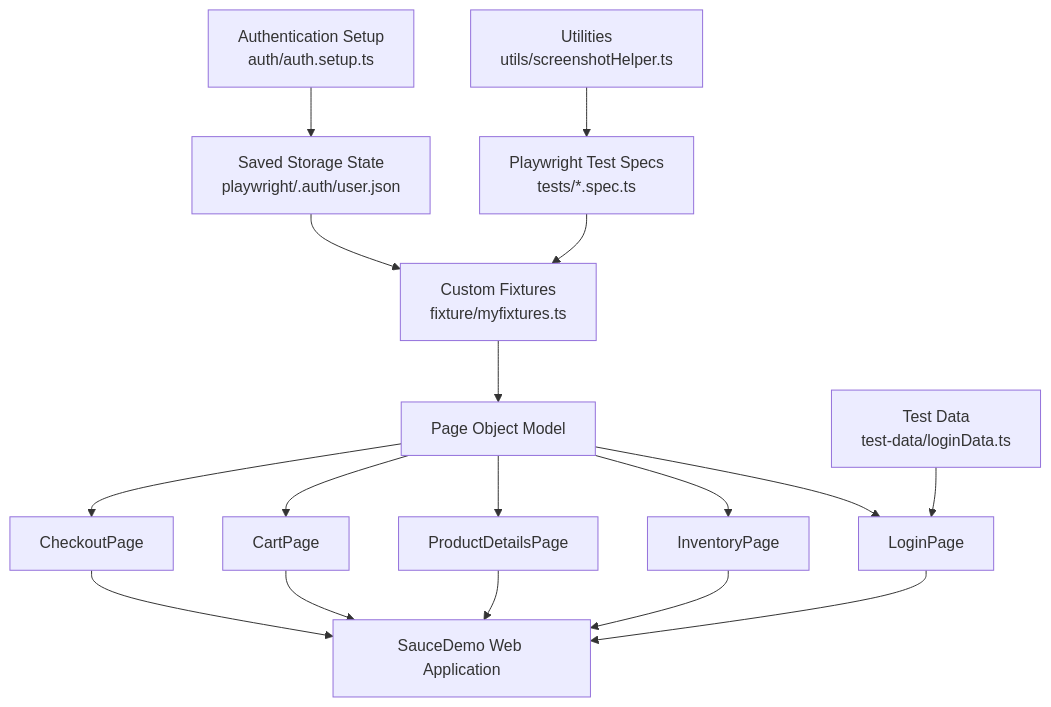
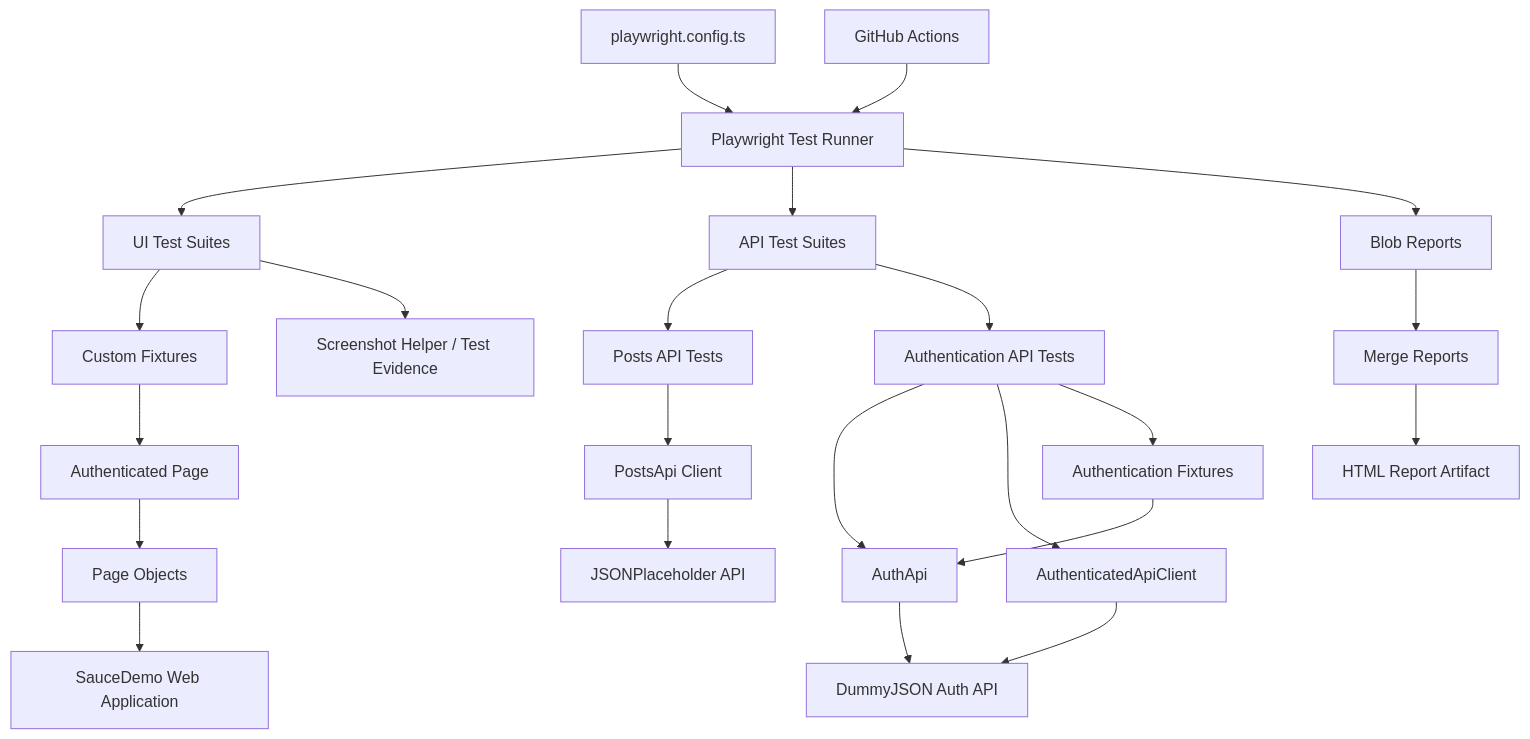
Before and after one commit to ankit19apr/sauce-demo-playwright: the first of 6 diagrams in README.md, drawn with Mermaid. The commit also changed other lines of this file and 11 other files, not shown here.

````diff
--- a/README.md
+++ b/README.md
@@ -38,19 +79,28 @@
 ``` mermaid
 flowchart TD
-    A["Playwright Test Specs<br/>tests/*.spec.ts"] --> B["Custom Fixtures<br/>fixture/myfixtures.ts"]
-    B --> C["Page Object Model"]
-    C --> D["LoginPage"]
-    C --> E["InventoryPage"]
-    C --> F["ProductDetailsPage"]
-    C --> G["CartPage"]
-    C --> H["CheckoutPage"]
-    D --> I["SauceDemo Web Application"]
-    E --> I
-    F --> I
-    G --> I
-    H --> I
-    J["Authentication Setup<br/>auth/auth.setup.ts"] --> K["Saved Storage State<br/>playwright/.auth/user.json"]
-    K --> B
-    L["Test Data<br/>test-data/loginData.ts"] --> D
-    M["Utilities<br/>utils/screenshotHelper.ts"] --> A
+    A[Playwright Test Runner] --> B[UI Test Suites]
+    A --> C[API Test Suites]
+
+    B --> D[Custom Fixtures]
+    D --> E[Authenticated Page]
+    E --> F[Page Objects]
+    F --> G[SauceDemo Web Application]
+    B --> H[Screenshot Helper / Test Evidence]
+
+    C --> I[Posts API Tests]
+    C --> J[Authentication API Tests]
+    I --> K[PostsApi Client]
+    J --> L[AuthApi]
+    J --> M[AuthenticatedApiClient]
+    J --> N[Authentication Fixtures]
+    K --> O[JSONPlaceholder API]
+    L --> P[DummyJSON Auth API]
+    M --> P
+    N --> L
+
+    Q[playwright.config.ts] --> A
+    R[GitHub Actions] --> A
+    A --> S[Blob Reports]
+    S --> T[Merge Reports]
+    T --> U[HTML Report Artifact]
 ```
````
